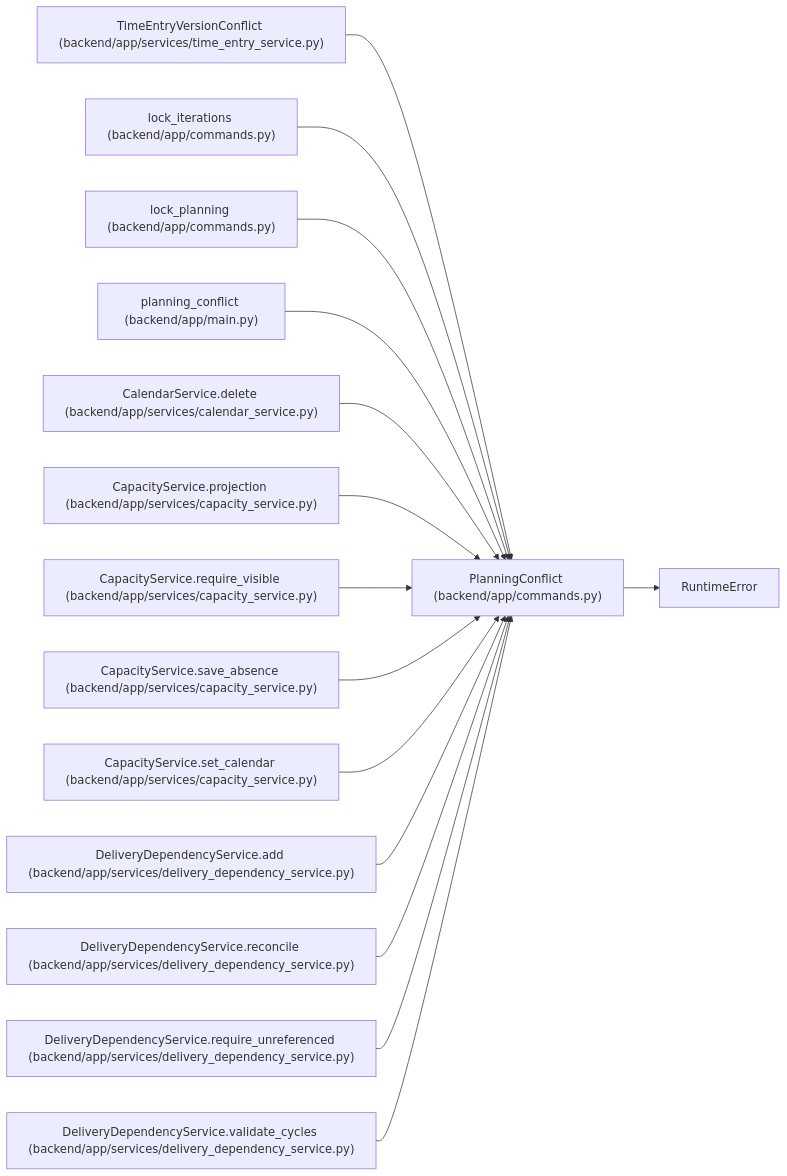
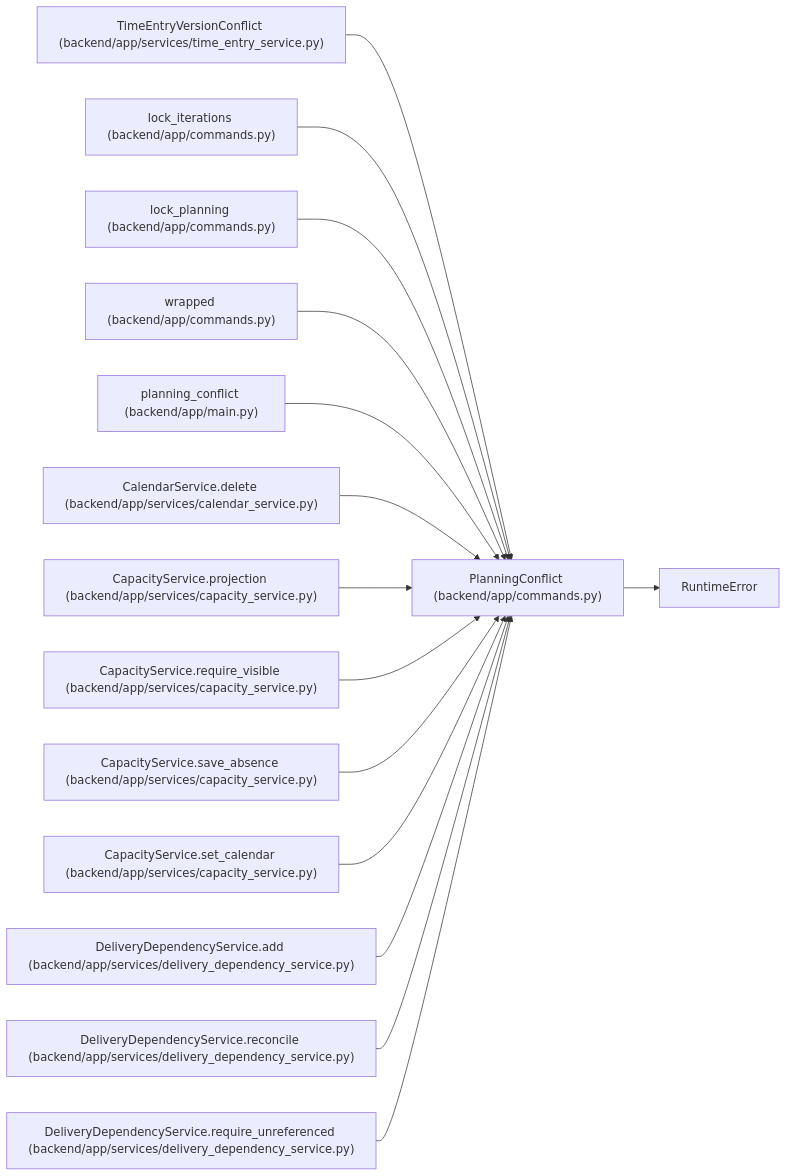
Before and after one commit to Denissvgn/WorkChord: the diagram in docs/llm_wiki/entities/PlanningConflict.md, drawn with Mermaid. The commit also changed other lines of this file and 476 other files, not shown here.

````diff
--- a/docs/llm_wiki/entities/PlanningConflict.md
+++ b/docs/llm_wiki/entities/PlanningConflict.md
@@ -26,46 +26,46 @@
 ```mermaid
 flowchart LR
     n0["PlanningConflict (backend/app/commands.py)"]
     n1["RuntimeError"]
     n2["TimeEntryVersionConflict (backend/app/services/time_entry_service.py)"]
     n3["lock_iterations (backend/app/commands.py)"]
     n4["lock_planning (backend/app/commands.py)"]
-    n5["planning_conflict (backend/app/main.py)"]
-    n6["CalendarService.delete (backend/app/services/calendar_service.py)"]
-    n7["CapacityService.projection (backend/app/services/capacity_service.py)"]
-    n8["CapacityService.require_visible (backend/app/services/capacity_service.py)"]
-    n9["CapacityService.save_absence (backend/app/services/capacity_service.py)"]
-    n10["CapacityService.set_calendar (backend/app/services/capacity_service.py)"]
-    n11["DeliveryDependencyService.add (backend/app/services/delivery_dependency_service.py)"]
-    n12["DeliveryDependencyService.reconcile (backend/app/services/delivery_dependency_service.py)"]
-    n13["DeliveryDependencyService.require_unreferenced (backend/app/services/delivery_dependency_service.py)"]
-    n14["DeliveryDependencyService.validate_cycles (backend/app/services/delivery_dependency_service.py)"]
+    n5["wrapped (backend/app/commands.py)"]
+    n6["planning_conflict (backend/app/main.py)"]
+    n7["CalendarService.delete (backend/app/services/calendar_service.py)"]
+    n8["CapacityService.projection (backend/app/services/capacity_service.py)"]
+    n9["CapacityService.require_visible (backend/app/services/capacity_service.py)"]
+    n10["CapacityService.save_absence (backend/app/services/capacity_service.py)"]
+    n11["CapacityService.set_calendar (backend/app/services/capacity_service.py)"]
+    n12["DeliveryDependencyService.add (backend/app/services/delivery_dependency_service.py)"]
+    n13["DeliveryDependencyService.reconcile (backend/app/services/delivery_dependency_service.py)"]
+    n14["DeliveryDependencyService.require_unreferenced (backend/app/services/delivery_dependency_service.py)"]
     n0 --> n1
     n2 --> n0
     n3 --> n0
     n4 --> n0
     n5 --> n0
     n6 --> n0
     n7 --> n0
     n8 --> n0
     n9 --> n0
     n10 --> n0
     n11 --> n0
     n12 --> n0
     n13 --> n0
     n14 --> n0
     click n0 "../modules/commands.md"
     click n2 "../modules/time_entry_service.md"
     click n3 "../modules/commands.md"
     click n4 "../modules/commands.md"
-    click n5 "../modules/app_main.md"
-    click n6 "../modules/calendar_service.md"
-    click n7 "../modules/capacity_service.md"
+    click n5 "../modules/commands.md"
+    click n6 "../modules/app_main.md"
+    click n7 "../modules/calendar_service.md"
     click n8 "../modules/capacity_service.md"
     click n9 "../modules/capacity_service.md"
     click n10 "../modules/capacity_service.md"
-    click n11 "../modules/delivery_dependency_service.md"
+    click n11 "../modules/capacity_service.md"
     click n12 "../modules/delivery_dependency_service.md"
     click n13 "../modules/delivery_dependency_service.md"
     click n14 "../modules/delivery_dependency_service.md"
 ```
````
